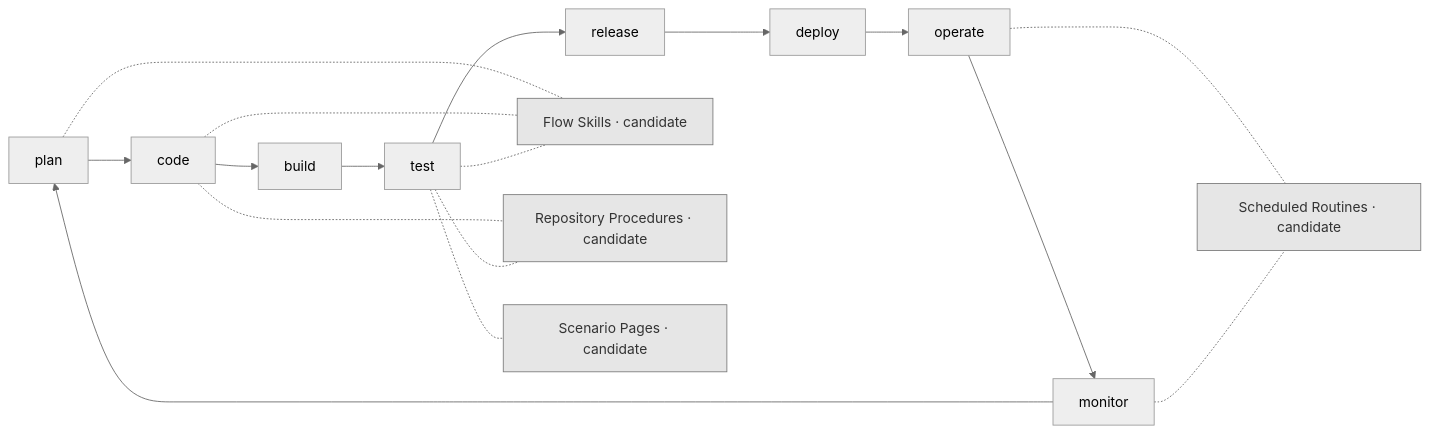
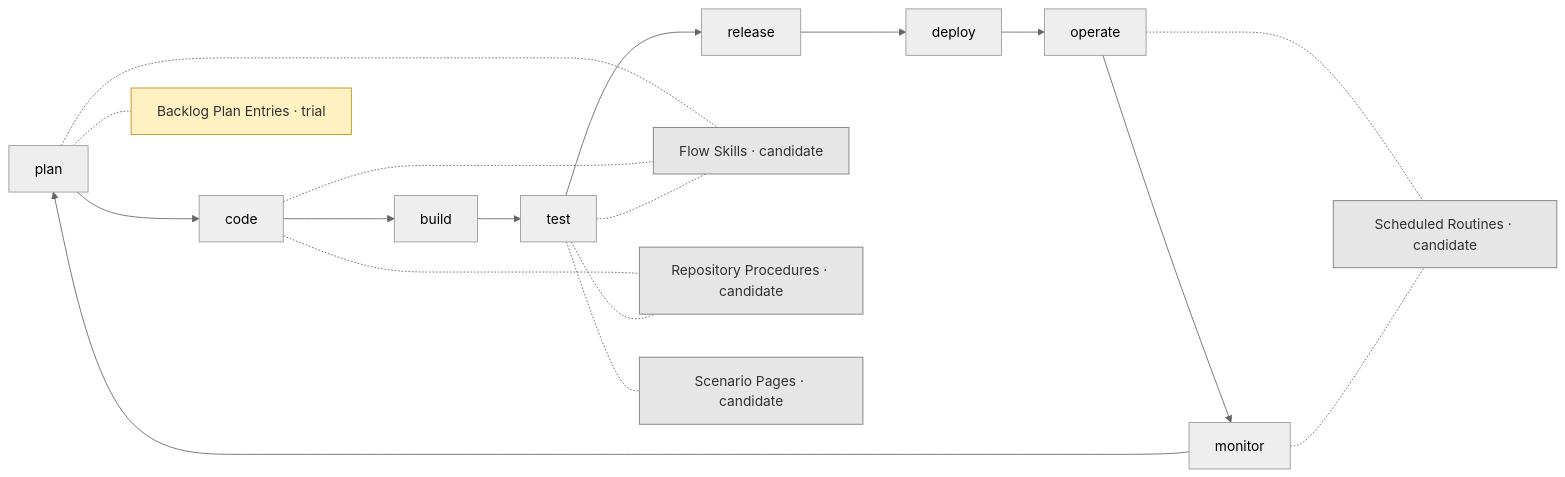
Before and after one commit to JSdotNet/finance: the diagram in .devbook/ai/adoption-map.md, drawn with Mermaid (neutral theme). The commit also changed other lines of this file and 1 other file, not shown here.

First line of the commit message:
docs(ai): record Backlog plan entries as a trial plan-stage usage

````diff
--- a/.devbook/ai/adoption-map.md
+++ b/.devbook/ai/adoption-map.md
@@ -24,18 +24,22 @@
 ```mermaid
 flowchart LR
   plan --> code --> build --> test --> release --> deploy --> operate --> monitor --> plan
+  plans["Backlog Plan Entries · trial"]
   flows["Flow Skills · candidate"]
   procs["Repository Procedures · candidate"]
   scenarios["Scenario Pages · candidate"]
   routines["Scheduled Routines · candidate"]
+  plan -.- plans
   plan -.- flows
   code -.- flows
   test -.- flows
   code -.- procs
   test -.- procs
   test -.- scenarios
   operate -.- routines
   monitor -.- routines
   classDef candidate fill:#e6e6e6,stroke:#7a7a7a,color:#333;
+  classDef trial fill:#fff1c2,stroke:#b8901a,color:#333;
   class flows,procs,scenarios,routines candidate;
+  class plans trial;
 ```
````
